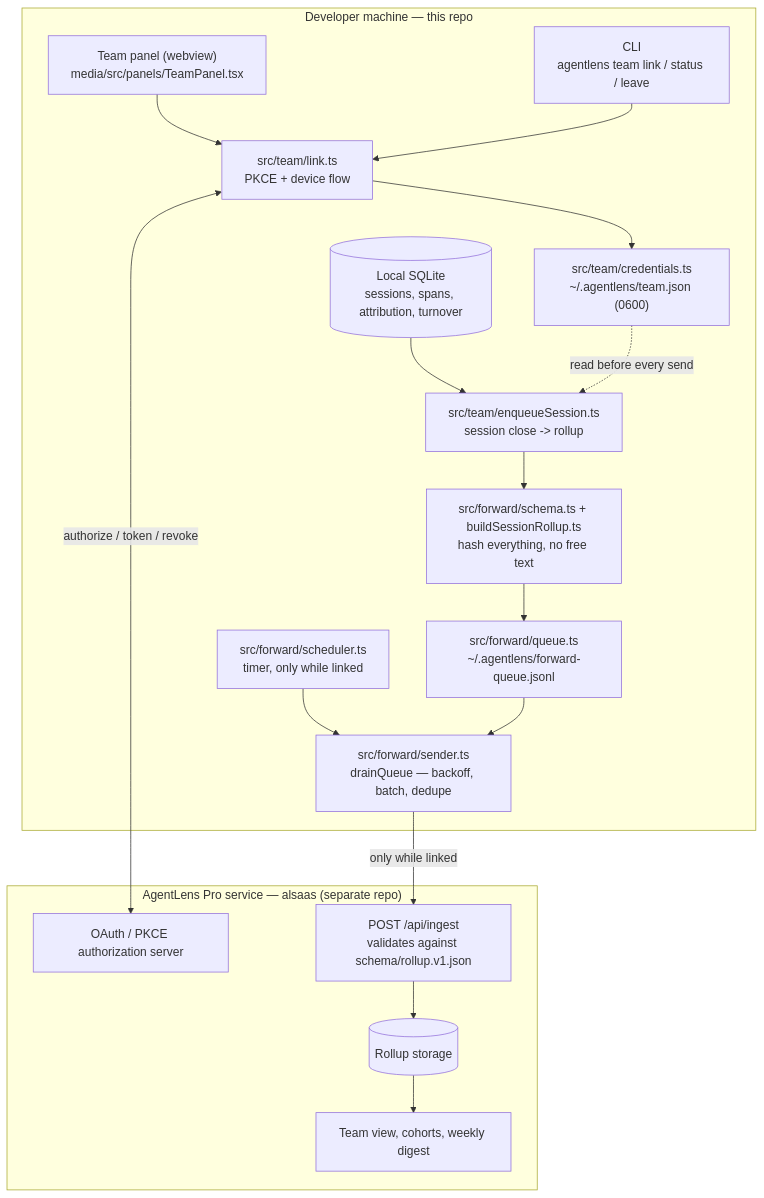
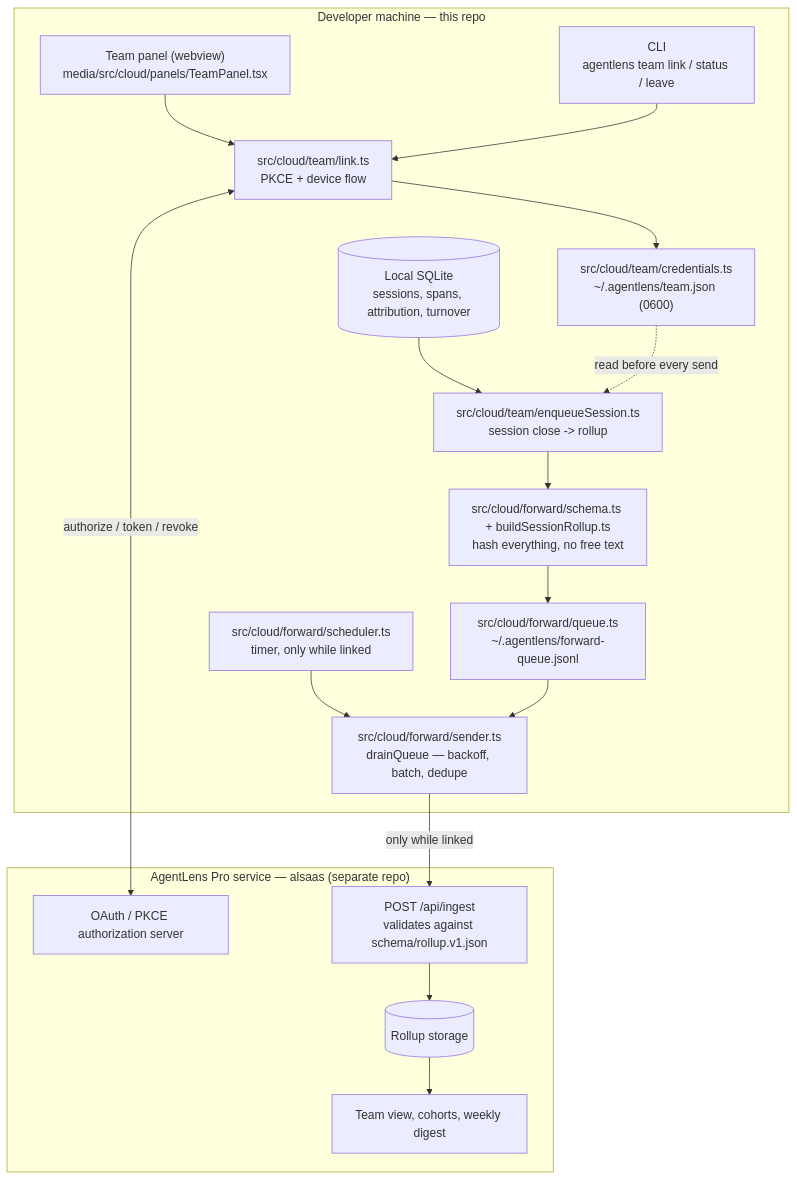
Before and after one commit to traceroost/core: the first of 2 diagrams in CLOUD_ARCHITECTURE.md, drawn with Mermaid. The commit also changed other lines of this file and 105 other files, not shown here.

````diff
--- a/CLOUD_ARCHITECTURE.md
+++ b/CLOUD_ARCHITECTURE.md
@@ -33,34 +33,34 @@
 ```mermaid
 graph TB
     subgraph Machine["Developer machine — this repo"]
-        PANEL["Team panel (webview)<br/>media/src/panels/TeamPanel.tsx"]
+        PANEL["Team panel (webview)<br/>media/src/cloud/panels/TeamPanel.tsx"]
         CLI["CLI<br/>agentlens team link / status / leave"]
-        LINK["src/team/link.ts<br/>PKCE + device flow"]
-        CRED["src/team/credentials.ts<br/>~/.agentlens/team.json (0600)"]
-        ENQ["src/team/enqueueSession.ts<br/>session close -> rollup"]
-        SCHEMA["src/forward/schema.ts + buildSessionRollup.ts<br/>hash everything, no free text"]
-        QUEUE["src/forward/queue.ts<br/>~/.agentlens/forward-queue.jsonl"]
-        SCHED["src/forward/scheduler.ts<br/>timer, only while linked"]
-        SEND["src/forward/sender.ts<br/>drainQueue — backoff, batch, dedupe"]
+        LINK["src/cloud/team/link.ts<br/>PKCE + device flow"]
+        CRED["src/cloud/team/credentials.ts<br/>~/.agentlens/team.json (0600)"]
+        ENQ["src/cloud/team/enqueueSession.ts<br/>session close -> rollup"]
+        SCHEMA["src/cloud/forward/schema.ts + buildSessionRollup.ts<br/>hash everything, no free text"]
+        QUEUE["src/cloud/forward/queue.ts<br/>~/.agentlens/forward-queue.jsonl"]
+        SCHED["src/cloud/forward/scheduler.ts<br/>timer, only while linked"]
+        SEND["src/cloud/forward/sender.ts<br/>drainQueue — backoff, batch, dedupe"]
         LOCAL[("Local SQLite<br/>sessions, spans, attribution, turnover")]
     end
 
     subgraph Service["AgentLens Pro service — alsaas (separate repo)"]
         OAUTH["OAuth / PKCE authorization server"]
         INGEST["POST /api/ingest<br/>validates against schema/rollup.v1.json"]
         STORE[("Rollup storage")]
         VIEWS["Team view, cohorts, weekly digest"]
     end
 
     PANEL --> LINK
     CLI --> LINK
     LINK <-->|"authorize / token / revoke"| OAUTH
     LINK --> CRED
     LOCAL --> ENQ
     CRED -.->|"read before every send"| ENQ
     ENQ --> SCHEMA --> QUEUE
     SCHED --> SEND
     QUEUE --> SEND
     SEND -->|"only while linked"| INGEST
     INGEST --> STORE --> VIEWS
 ```
````
